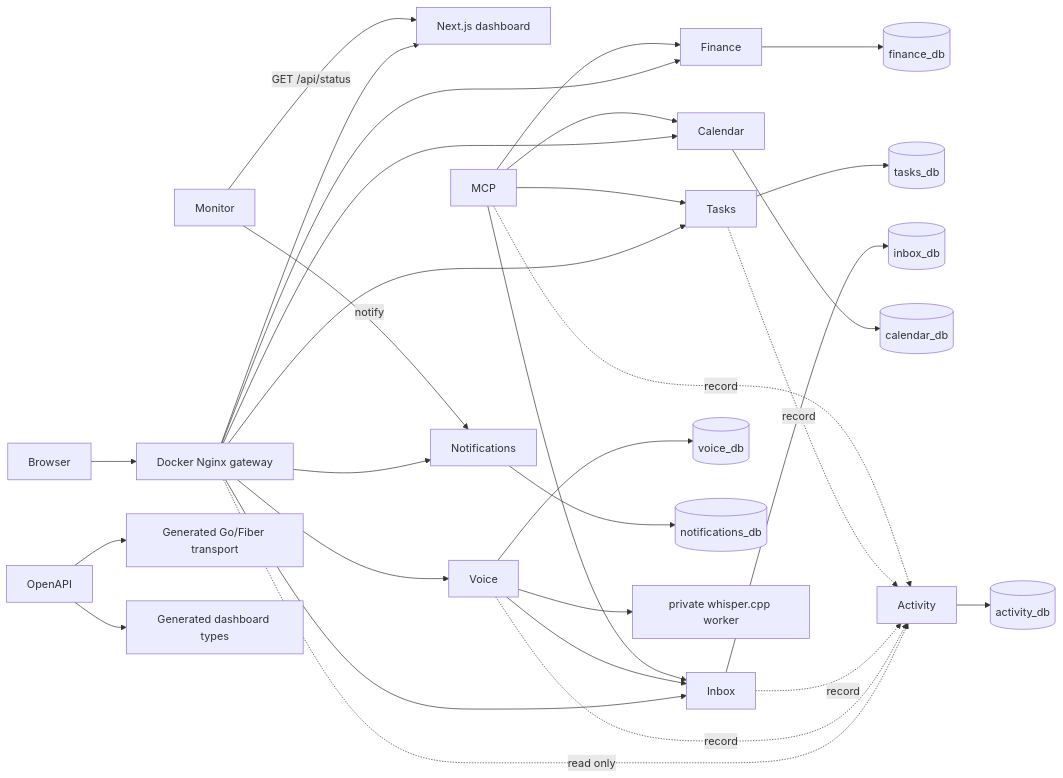
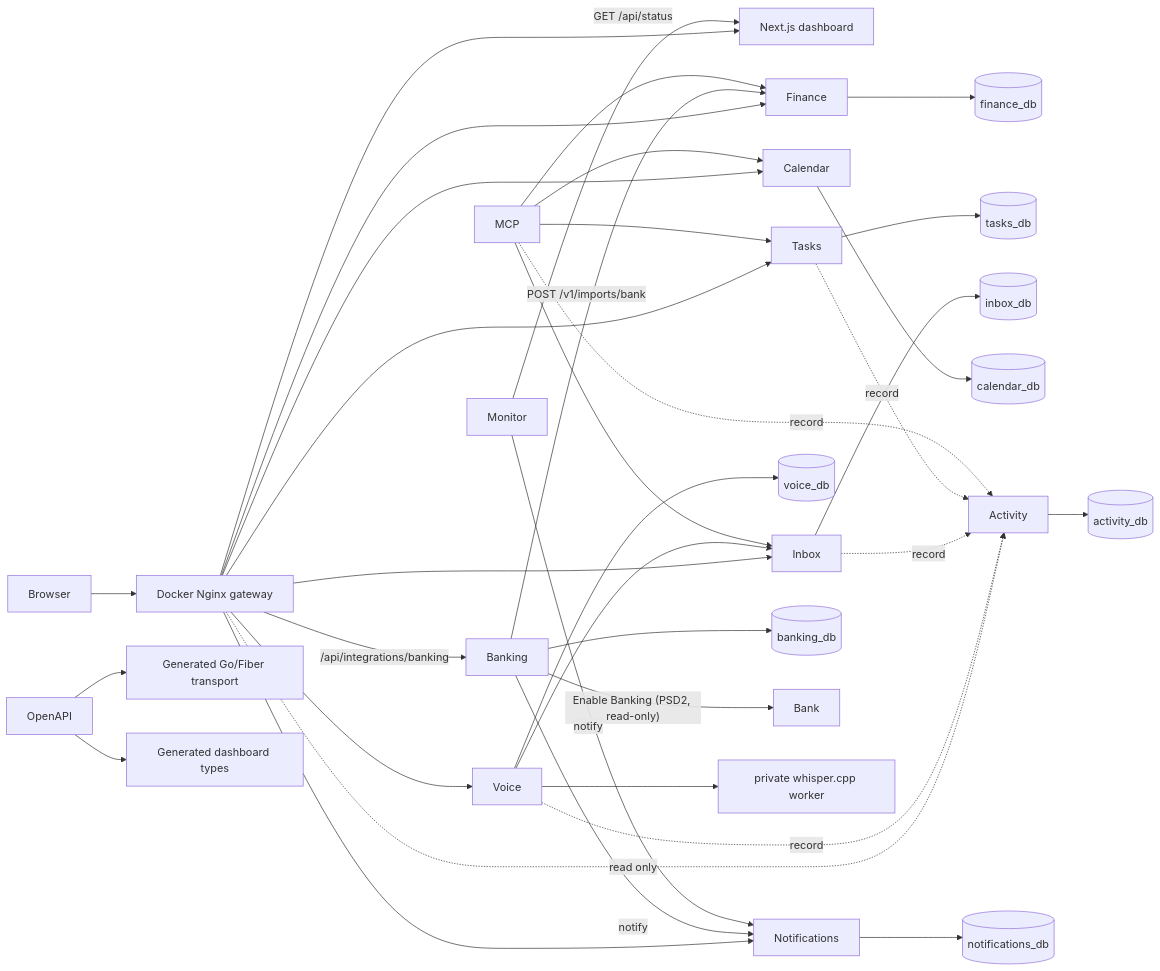
Before and after one commit to GAMch1k/life-os: the diagram in docs/architecture/overview.md, drawn with Mermaid. The commit also changed other lines of this file and 8 other files, not shown here.

First line of the commit message:
P13-03 document the banking service and the bank connection

````diff
--- a/docs/architecture/overview.md
+++ b/docs/architecture/overview.md
@@ -5,26 +5,30 @@
 ```mermaid
 flowchart LR
   Browser --> Gateway[Docker Nginx gateway]
   Gateway --> Dashboard[Next.js dashboard]
   Gateway --> Finance --> FDB[(finance_db)]
   Gateway --> Tasks --> TDB[(tasks_db)]
   Gateway --> Inbox --> IDB[(inbox_db)]
   Gateway --> Calendar --> CDB[(calendar_db)]
   Gateway --> Voice --> VDB[(voice_db)]
   Gateway -. read only .-> Activity --> ADB[(activity_db)]
   Gateway --> Notifications --> NDB[(notifications_db)]
+  Gateway -- "/api/integrations/banking" --> Banking --> BDB[(banking_db)]
+  Banking -- "Enable Banking (PSD2, read-only)" --> Bank[Bank]
+  Banking -- "POST /v1/imports/bank" --> Finance
+  Banking -- notify --> Notifications
   Monitor -- "GET /api/status" --> Dashboard
   Monitor -- notify --> Notifications
   Voice -. record .-> Activity
   Inbox -. record .-> Activity
   Tasks -. record .-> Activity
   MCP -. record .-> Activity
   Voice --> Whisper[private whisper.cpp worker]
   Voice --> Inbox
   MCP --> Finance
   MCP --> Tasks
   MCP --> Inbox
   MCP --> Calendar
   OpenAPI --> Go[Generated Go/Fiber transport]
   OpenAPI --> TS[Generated dashboard types]
 ```
````
